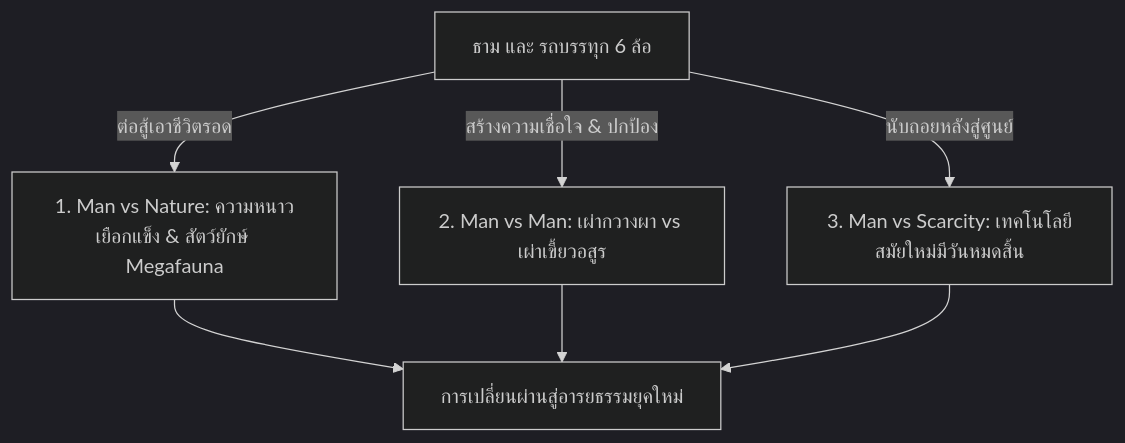
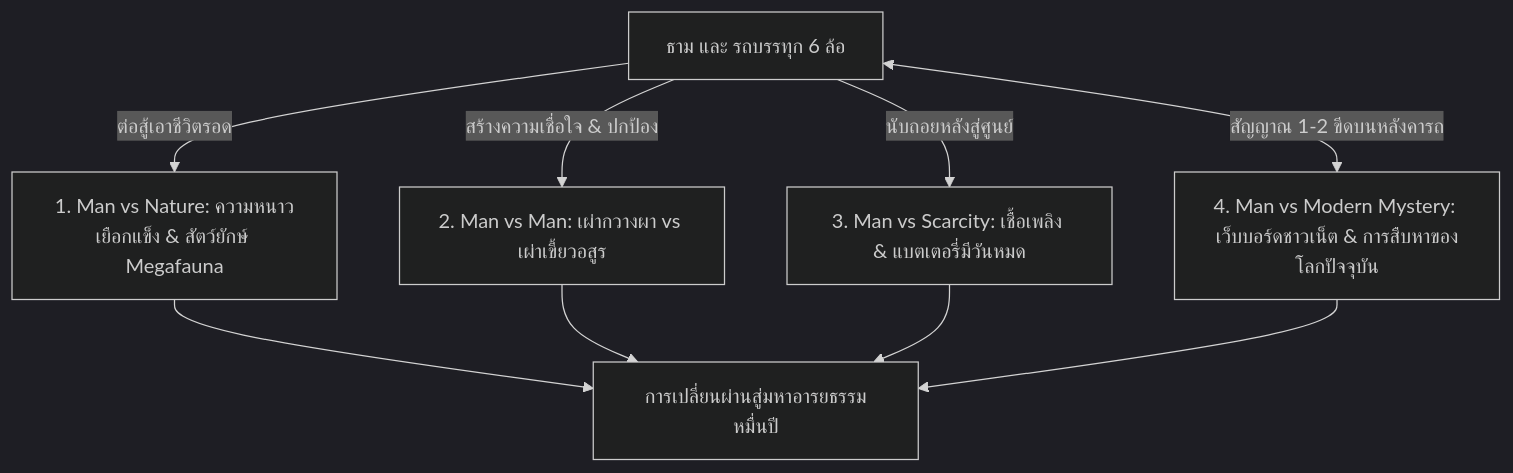
Before and after one commit to thaidelphi/1000-BC-ebooks: the diagram in story_outline.md, drawn with Mermaid (dark theme). The commit also changed other lines of this file and 4 other files, not shown here.

Commit message:
Integrate mystery mobile signal, forum connection, and crowdsourced war room into plot architecture, outline, character, and inventory

````diff
--- a/story_outline.md
+++ b/story_outline.md
@@ -18,7 +18,8 @@
 ```mermaid
 graph TD
     A[ธาม และ รถบรรทุก 6 ล้อ] -->|ต่อสู้เอาชีวิตรอด| B[1. Man vs Nature: ความหนาวเยือกแข็ง & สัตว์ยักษ์ Megafauna]
     A -->|สร้างความเชื่อใจ & ปกป้อง| C[2. Man vs Man: เผ่ากวางผา vs เผ่าเขี้ยวอสูร]
-    A -->|นับถอยหลังสู่ศูนย์| D[3. Man vs Scarcity: เทคโนโลยีสมัยใหม่มีวันหมดสิ้น]
-    B & C & D --> E[การเปลี่ยนผ่านสู่อารยธรรมยุคใหม่]
+    A -->|นับถอยหลังสู่ศูนย์| D[3. Man vs Scarcity: เชื้อเพลิง & แบตเตอรี่มีวันหมด]
+    A <-->|สัญญาณ 1-2 ขีดบนหลังคารถ| E[4. Man vs Modern Mystery: เว็บบอร์ดชาวเน็ต & การสืบหาของโลกปัจจุบัน]
+    B & C & D & E --> F[การเปลี่ยนผ่านสู่มหาอารยธรรมหมื่นปี]
 ```
````
